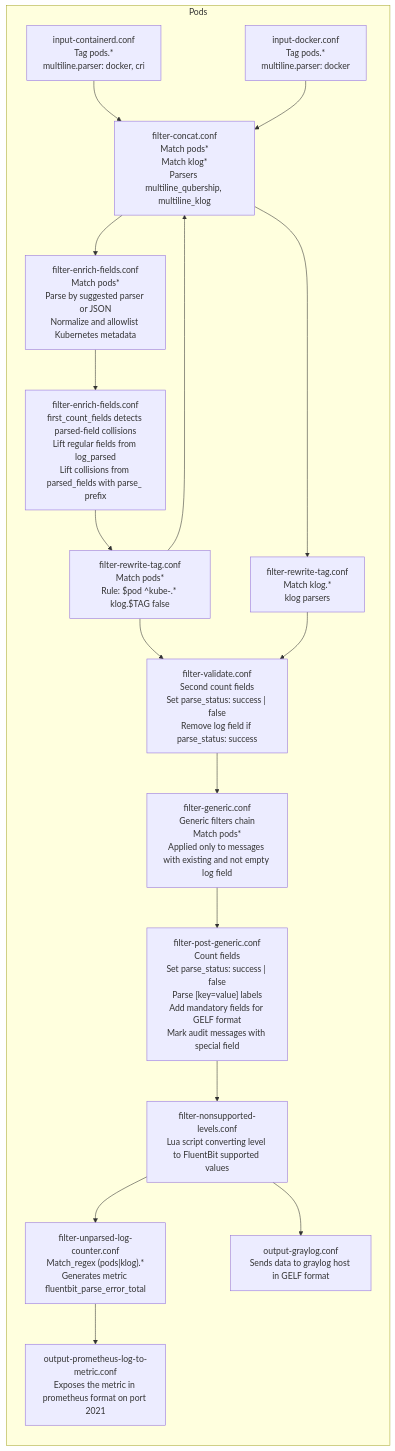
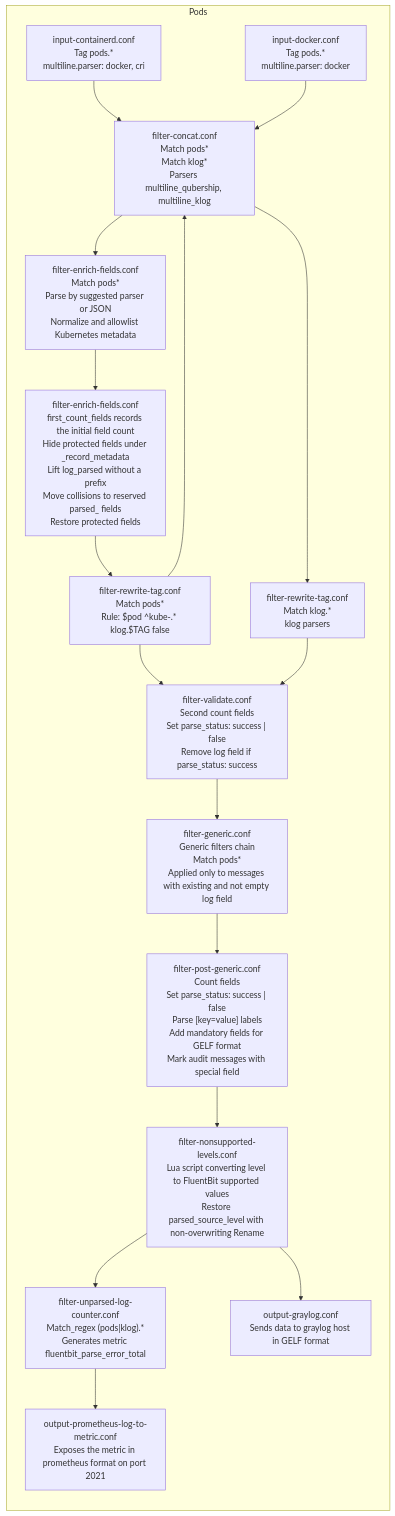
One commit to Netcracker/qubership-logging-operator changed the diagram in docs/fluentbit-log-pipeline.md. Above: the diagram before and after it, drawn with Mermaid. The commit also changed other lines of this file and 15 other files, not shown here.

First line of the commit message:
fix(fluentbit): isolate parsed fields from metadata

````diff
--- a/docs/fluentbit-log-pipeline.md
+++ b/docs/fluentbit-log-pipeline.md
@@ -54,22 +54,22 @@
 ```mermaid
 flowchart LR
     subgraph Pods
         IC["input-containerd.conf<br/>Tag pods.*<br/>multiline.parser: docker, cri" ] --> FC
         ID["input-docker.conf<br/>Tag pods.*<br/>multiline.parser: docker"] --> FC
         FC["filter-concat.conf<br/>Match pods*<br/>Match klog*<br/>Parsers multiline_qubership, multiline_klog"] --> FK
         FC["filter-concat.conf<br/>Match pods*<br/>Match klog*<br/>Parsers multiline_qubership, multiline_klog"] --> FRTP
         FK["filter-enrich-fields.conf<br/>Match pods*<br/>Parse by suggested parser or JSON<br/>Normalize and allowlist Kubernetes metadata"] --> FPC
-        FPC["filter-enrich-fields.conf<br/>first_count_fields detects parsed-field collisions<br/>Lift regular fields from log_parsed<br/>Lift collisions from parsed_fields with parse_ prefix"] --> FRT
+        FPC["filter-enrich-fields.conf<br/>first_count_fields records the initial field count<br/>Hide protected fields under _record_metadata<br/>Lift log_parsed without a prefix<br/>Move collisions to reserved parsed_ fields<br/>Restore protected fields"] --> FRT
         FRT["filter-rewrite-tag.conf<br/>Match pods*<br/>Rule: $pod ^kube-.* klog.$TAG false"] --> FC
         FRT["filter-rewrite-tag.conf<br/>Match pods*<br/>Rule: $pod ^kube-.* klog.$TAG false"] --> FVALID
         FRTP["filter-rewrite-tag.conf<br/>Match klog.*<br/>klog parsers"] --> FVALID
         FVALID["filter-validate.conf<br/>Second count fields<br/>Set parse_status: success | false<br/>Remove log field if parse_status: success"] --> FGEN
         FGEN["filter-generic.conf<br/>Generic filters chain<br/>Match pods*<br/>Applied only to messages with existing and not empty log field"] --> FPGEN
         FPGEN["filter-post-generic.conf<br/>Count fields<br/>Set parse_status: success | false<br/>Parse [key=value] labels<br/>Add mandatory fields for GELF format<br/>Mark audit messages with special field"] --> FNL
-        FNL["filter-nonsupported-levels.conf<br/>Lua script converting level to FluentBit supported values"] --> FULC
-        FNL["filter-nonsupported-levels.conf<br/>Lua script converting level to FluentBit supported values"] --> OGRAY
+        FNL["filter-nonsupported-levels.conf<br/>Lua script converting level to FluentBit supported values<br/>Restore parsed_source_level with non-overwriting Rename"] --> FULC
+        FNL["filter-nonsupported-levels.conf<br/>Lua script converting level to FluentBit supported values<br/>Restore parsed_source_level with non-overwriting Rename"] --> OGRAY
         OGRAY["output-graylog.conf<br/>Sends data to graylog host in GELF format"]
         FULC["filter-unparsed-log-counter.conf<br/>Match_regex (pods|klog).*<br/>Generates metric fluentbit_parse_error_total"] --> OPLTM
         OPLTM["output-prometheus-log-to-metric.conf</br>Exposes the metric in prometheus format on port 2021"]
     end
 ```
````
